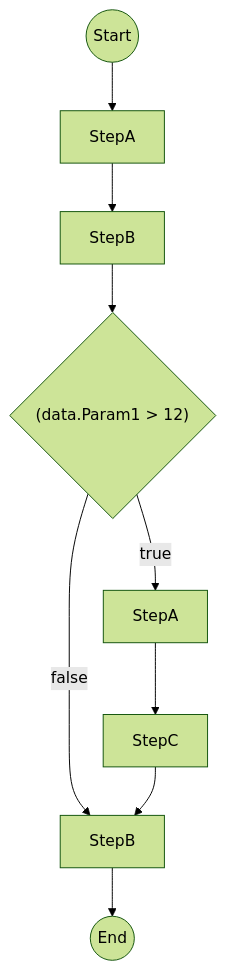
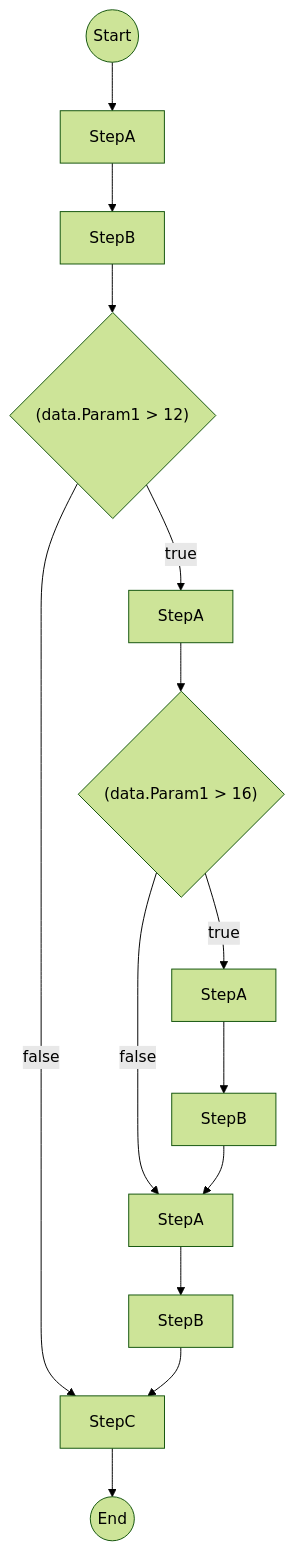
One commit to step-flow-platform/workflow-core-flowchart changed the diagram in src/WorkflowCoreFlowchart.Tests/flowchart.md. Above: the diagram before and after it, drawn with Mermaid (forest theme). The commit also changed 6 other files, not shown here.

````diff
--- a/src/WorkflowCoreFlowchart.Tests/flowchart.md
+++ b/src/WorkflowCoreFlowchart.Tests/flowchart.md
@@ -1,20 +1,29 @@
 ```mermaid
 flowchart TB
 startNode((Start))
 0[StepA]
 1[StepB]
 2{"(data.Param1 > 12)"}
 3[StepA]
-4[StepC]
-5[StepB]
-6((End))
+4{"(data.Param1 > 16)"}
+5[StepA]
+6[StepB]
+7[StepA]
+8[StepB]
+9[StepC]
+10((End))
 
 startNode --> 0
 0 --> 1
 1 --> 2
-2 -->|false| 5
+2 -->|false| 9
 2 -->|true| 3
 3 --> 4
-4 --> 5
+4 -->|false| 7
+4 -->|true| 5
 5 --> 6
+6 --> 7
+7 --> 8
+8 --> 9
+9 --> 10
 ```
````
